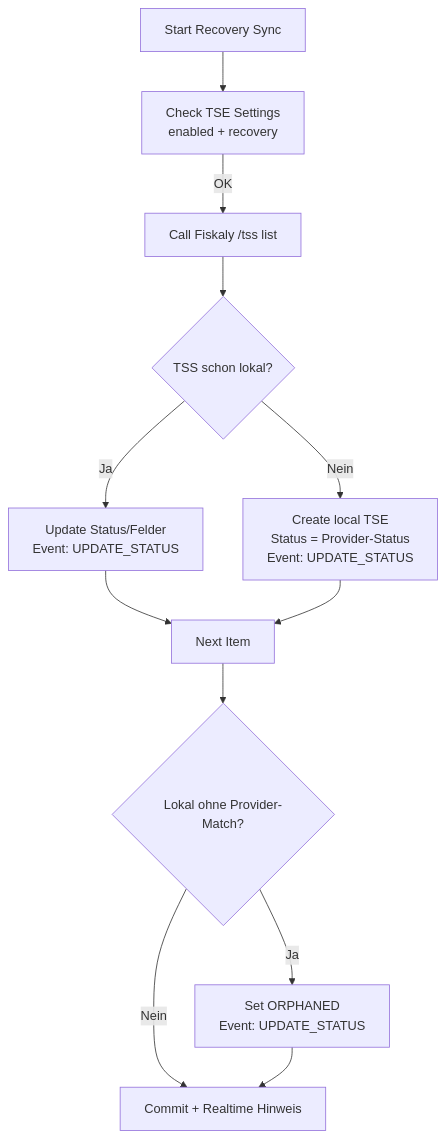
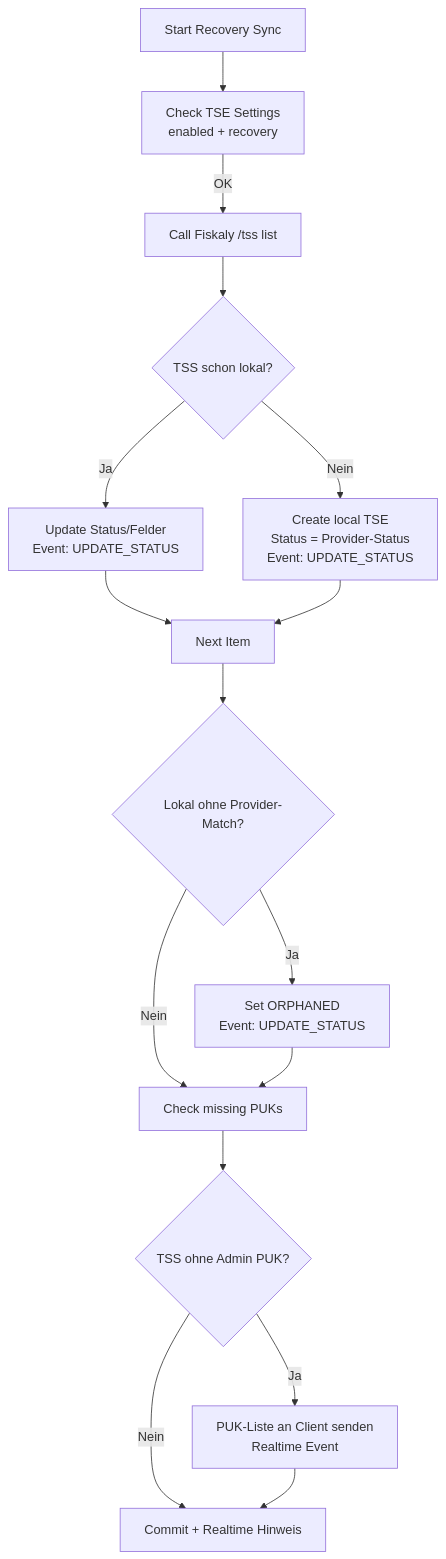
One commit to Rocket-Quack/erpnext_tse changed the first of 2 diagrams in docs/guides/de/recovery_tse_security_device.md. Above: the diagram before and after it, drawn with Mermaid. The commit also changed other lines of this file, not shown here.

Commit message:
fix: Doku erweitert für PopUp zum Admin PUK angabe

````diff
--- a/docs/guides/de/recovery_tse_security_device.md
+++ b/docs/guides/de/recovery_tse_security_device.md
@@ -40,14 +43,18 @@
 ```mermaid
 flowchart TD
     A[Start Recovery Sync] --> B[Check TSE Settings<br/>enabled + recovery]
     B -->|OK| C[Call Fiskaly /tss list]
     C --> D{TSS schon lokal?}
     D -->|Ja| E[Update Status/Felder<br/>Event: UPDATE_STATUS]
     D -->|Nein| F[Create local TSE<br/>Status = Provider-Status<br/>Event: UPDATE_STATUS]
     E --> G[Next Item]
     F --> G
     G --> H{Lokal ohne Provider-Match?}
     H -->|Ja| I[Set ORPHANED<br/>Event: UPDATE_STATUS]
-    H -->|Nein| J[Done]
-    I --> J[Commit + Realtime Hinweis]
+    H -->|Nein| J[Check missing PUKs]
+    I --> J
+    J --> K{TSS ohne Admin PUK?}
+    K -->|Ja| L[PUK-Liste an Client senden<br/>Realtime Event]
+    K -->|Nein| M[Done]
+    L --> M[Commit + Realtime Hinweis]
 ```
````
